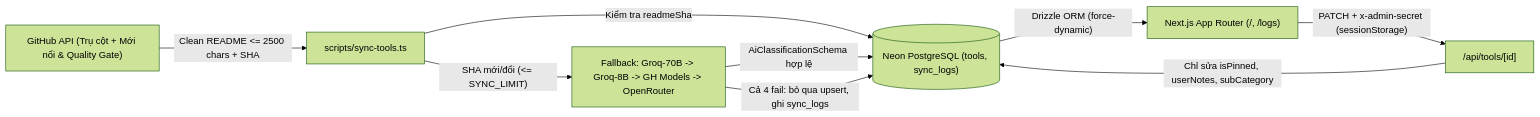
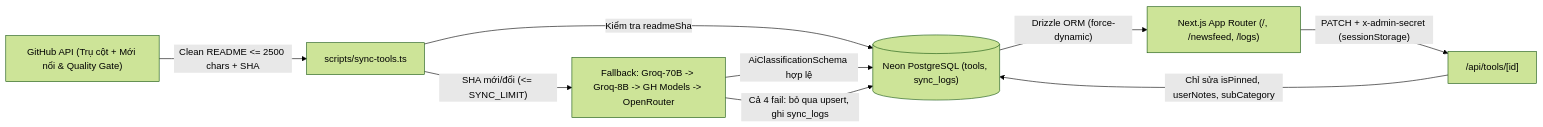
Before and after one commit to devhngg05/gifthub-crawl: the diagram in docs/ARCHITECTURE.md, drawn with Mermaid (forest theme). The commit also changed other lines of this file and 104 other files, not shown here.

Commit message:
feat(db): optimize schema with timestamptz, composite/trgm indexes, and Drizzle migrations

````diff
--- a/docs/ARCHITECTURE.md
+++ b/docs/ARCHITECTURE.md
@@ -5,11 +5,11 @@
 ```mermaid
 flowchart LR
     GH["GitHub API (Trụ cột + Mới nổi & Quality Gate)"] -->|"Clean README <= 2500 chars + SHA"| WK["scripts/sync-tools.ts"]
     WK -->|"Kiểm tra readmeSha"| DB[("Neon PostgreSQL (tools, sync_logs)")]
     WK -->|"SHA mới/đổi (<= SYNC_LIMIT)"| AI["Fallback: Groq-70B -> Groq-8B -> GH Models -> OpenRouter"]
     AI -->|"AiClassificationSchema hợp lệ"| DB
     AI -->|"Cả 4 fail: bỏ qua upsert, ghi sync_logs"| DB
-    DB -->|"Drizzle ORM (force-dynamic)"| UI["Next.js App Router (/, /logs)"]
+    DB -->|"Drizzle ORM (force-dynamic)"| UI["Next.js App Router (/, /newsfeed, /logs)"]
     UI -->|"PATCH + x-admin-secret (sessionStorage)"| API["/api/tools/[id]"]
     API -->|"Chỉ sửa isPinned, userNotes, subCategory"| DB
 ```
````
